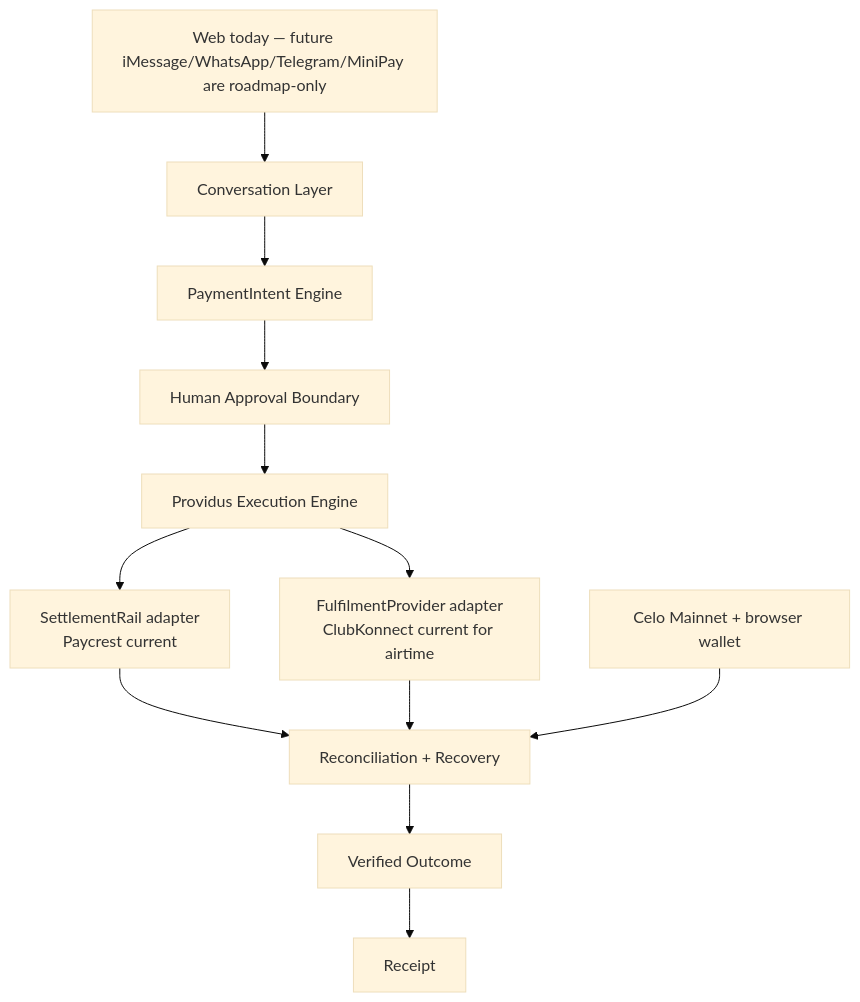
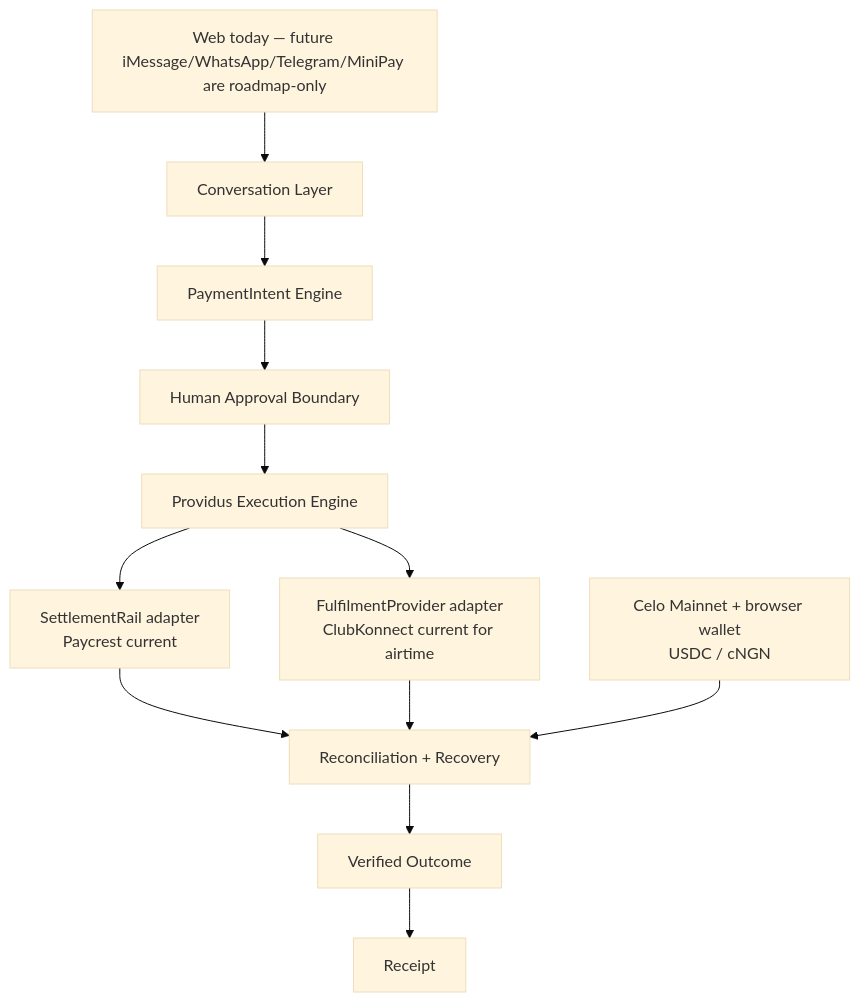
One commit to Devendurance/useprovidus changed the diagram in README.md. Above: the diagram before and after it, drawn with Mermaid (base theme). The commit also changed other lines of this file, not shown here.

Commit message:
feat: add cNGN payment path and refresh README

````diff
--- a/README.md
+++ b/README.md
@@ -123,14 +154,14 @@
 ```mermaid
 graph TD
     Channel[Web today — future iMessage/WhatsApp/Telegram/MiniPay are roadmap-only] --> Conversation[Conversation Layer]
     Conversation --> Intent[PaymentIntent Engine]
     Intent --> Approval[Human Approval Boundary]
     Approval --> Execution[Providus Execution Engine]
     Execution --> Settlement[SettlementRail adapter<br/>Paycrest current]
     Execution --> Fulfilment[FulfilmentProvider adapter<br/>ClubKonnect current for airtime]
     Settlement --> Reconcile[Reconciliation + Recovery]
     Fulfilment --> Reconcile
-    Celo[Celo Mainnet + browser wallet] --> Reconcile
+    Celo[Celo Mainnet + browser wallet<br/>USDC / cNGN] --> Reconcile
     Reconcile --> Outcome[Verified Outcome]
     Outcome --> Receipt[Receipt]
 ```
````
